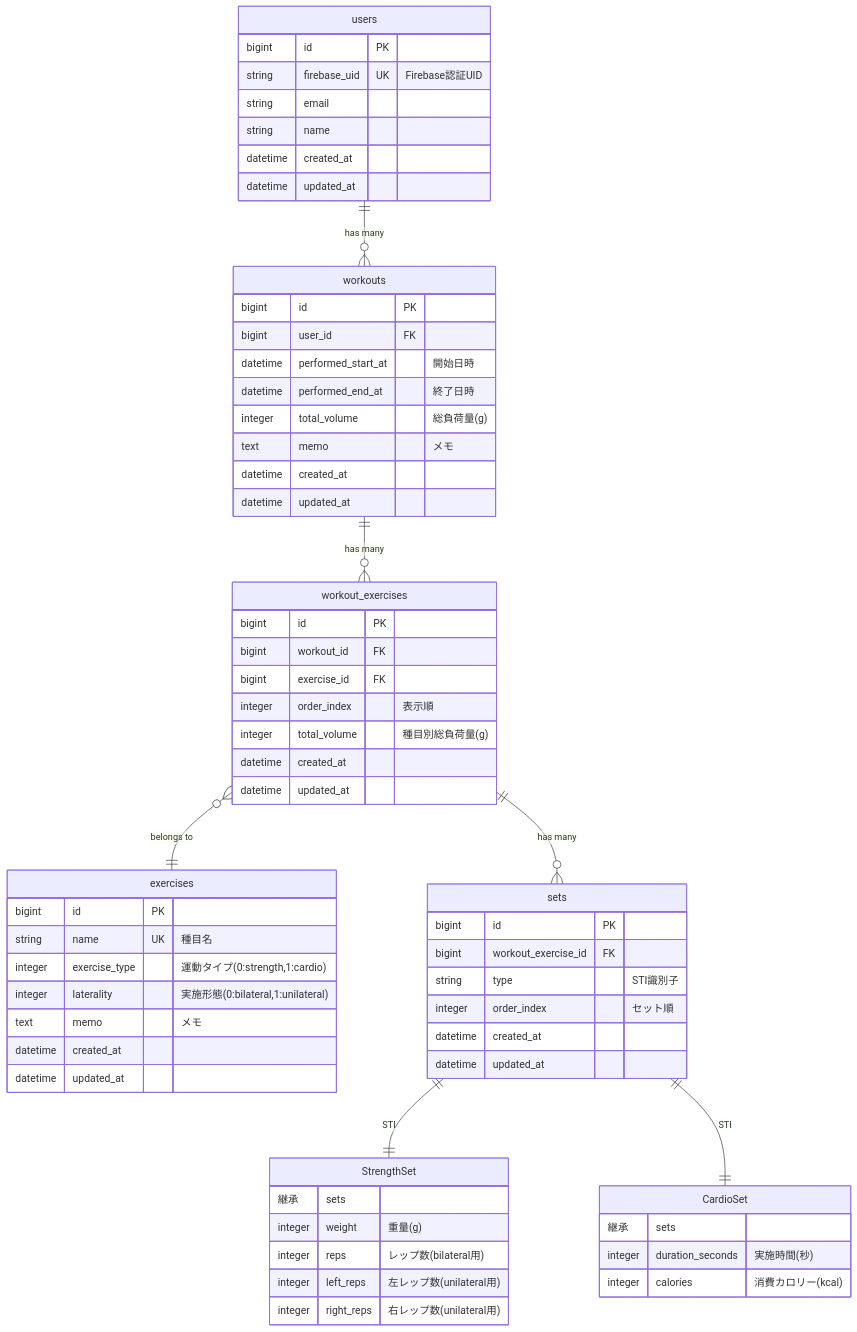
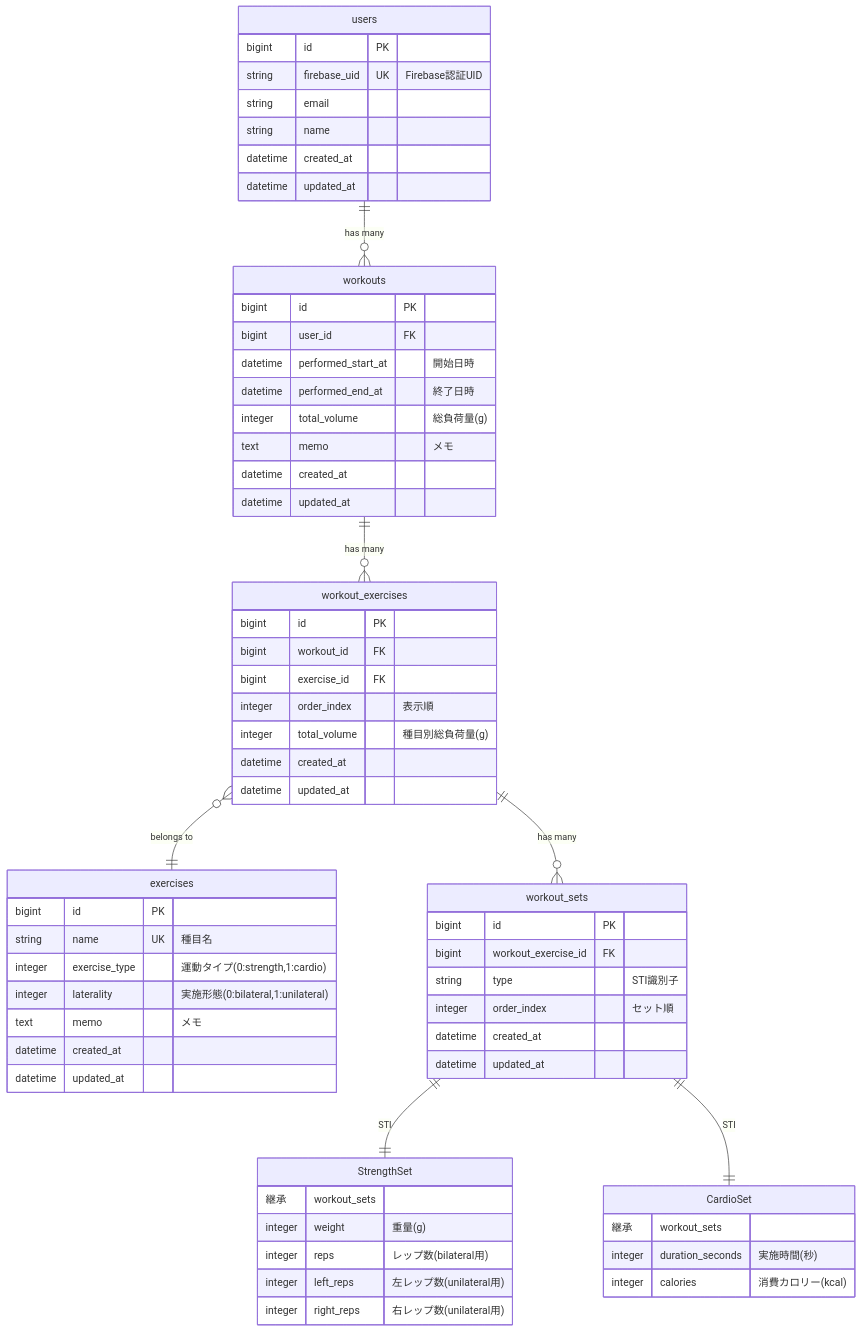
Before and after one commit to ANTON072/gym-note-api: the diagram in docs/データベース設計.md, drawn with Mermaid. The commit also changed other lines of this file and 9 other files, not shown here.

Commit message:
ワークアウトセットのモデルとマイグレーションを作成し、CardioSetおよびStrengthSetのSTIを実装。WorkoutExerciseモデルにセット作成メソッドを追加。テストを追加してバリデーションを確認。

````diff
--- a/docs/データベース設計.md
+++ b/docs/データベース設計.md
@@ -5,72 +5,72 @@
 ```mermaid
 erDiagram
     users ||--o{ workouts : "has many"
     workouts ||--o{ workout_exercises : "has many"
     workout_exercises }o--|| exercises : "belongs to"
-    workout_exercises ||--o{ sets : "has many"
-    sets ||--|| StrengthSet : "STI"
-    sets ||--|| CardioSet : "STI"
+    workout_exercises ||--o{ workout_sets : "has many"
+    workout_sets ||--|| StrengthSet : "STI"
+    workout_sets ||--|| CardioSet : "STI"
 
     users {
         bigint id PK
         string firebase_uid UK "Firebase認証UID"
         string email
         string name
         datetime created_at
         datetime updated_at
     }
 
     exercises {
         bigint id PK
         string name UK "種目名"
         integer exercise_type "運動タイプ(0:strength,1:cardio)"
         integer laterality "実施形態(0:bilateral,1:unilateral)"
         text memo "メモ"
         datetime created_at
         datetime updated_at
     }
 
     workouts {
         bigint id PK
         bigint user_id FK
         datetime performed_start_at "開始日時"
         datetime performed_end_at "終了日時"
         integer total_volume "総負荷量(g)"
         text memo "メモ"
         datetime created_at
         datetime updated_at
     }
 
     workout_exercises {
         bigint id PK
         bigint workout_id FK
         bigint exercise_id FK
         integer order_index "表示順"
         integer total_volume "種目別総負荷量(g)"
         datetime created_at
         datetime updated_at
     }
 
-    sets {
+    workout_sets {
         bigint id PK
         bigint workout_exercise_id FK
         string type "STI識別子"
         integer order_index "セット順"
         datetime created_at
         datetime updated_at
     }
 
     StrengthSet {
-        継承 sets
+        継承 workout_sets
         integer weight "重量(g)"
         integer reps "レップ数(bilateral用)"
         integer left_reps "左レップ数(unilateral用)"
         integer right_reps "右レップ数(unilateral用)"
     }
 
     CardioSet {
-        継承 sets
+        継承 workout_sets
         integer duration_seconds "実施時間(秒)"
         integer calories "消費カロリー(kcal)"
     }
 ```
````
